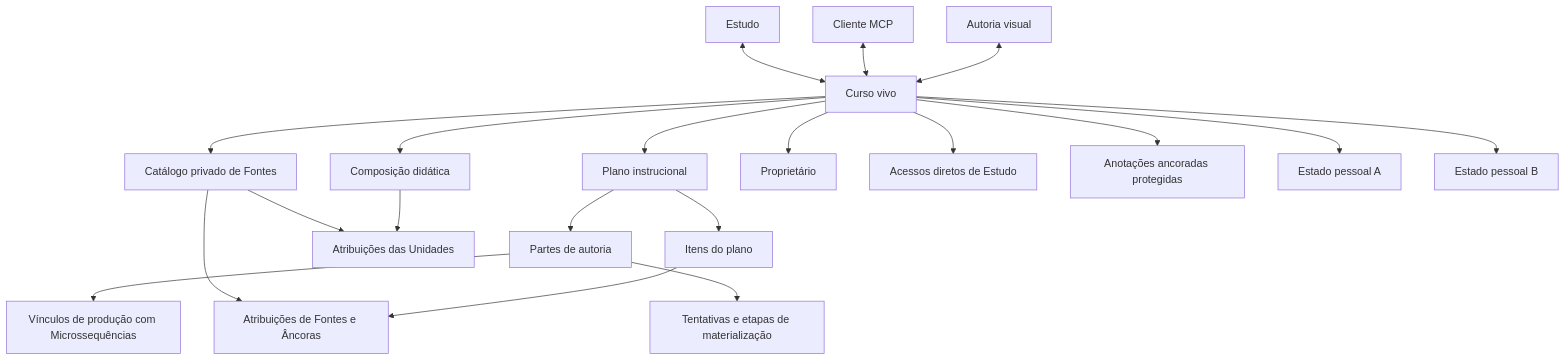
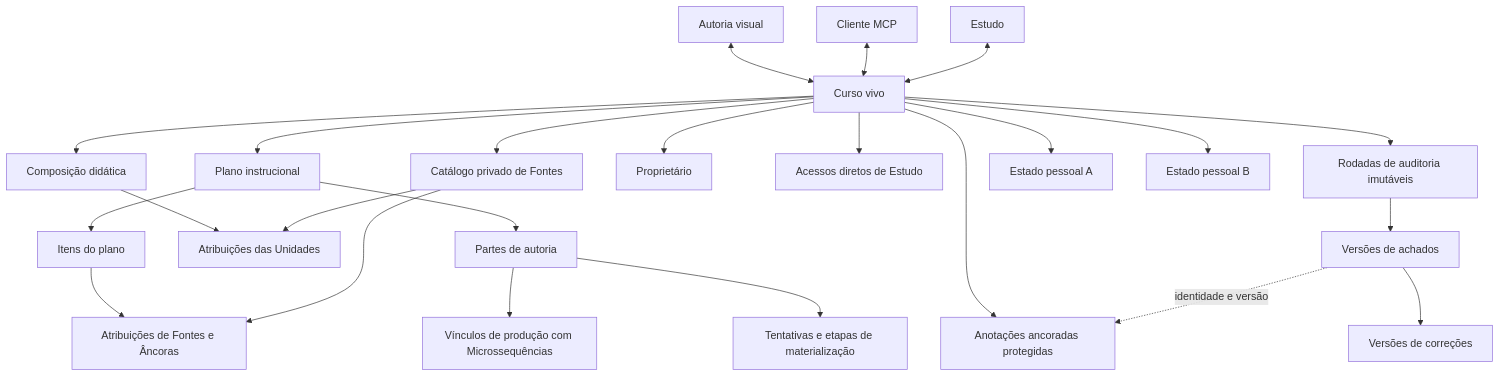
One commit to fabio-ara/AraLearn changed the first of 2 diagrams in docs/estado-atual-e-roadmap.md. Above: the diagram before and after it, drawn with Mermaid. The commit also changed other lines of this file and 69 other files, not shown here.

Commit message:
Implementar auditoria e correções por Curso

````diff
--- a/docs/estado-atual-e-roadmap.md
+++ b/docs/estado-atual-e-roadmap.md
@@ -52,22 +52,26 @@
 ```mermaid
 flowchart TD
     C[Curso vivo] --> H[Composição didática]
     C --> P[Plano instrucional]
     P --> I[Itens do plano]
     I --> F[Atribuições de Fontes e Âncoras]
     H --> FU[Atribuições das Unidades]
     C --> FC[Catálogo privado de Fontes]
     FC --> F
     FC --> FU
     P --> PA[Partes de autoria]
     PA --> L[Vínculos de produção com Microssequências]
     PA --> M[Tentativas e etapas de materialização]
     C --> O[Proprietário]
     C --> A[Acessos diretos de Estudo]
     C --> AN[Anotações ancoradas protegidas]
+    C --> AR[Rodadas de auditoria imutáveis]
+    AR --> AF[Versões de achados]
+    AF --> AC[Versões de correções]
+    AF -. identidade e versão .-> AN
     C --> S1[Estado pessoal A]
     C --> S2[Estado pessoal B]
     AU[Autoria visual] <--> C
     MCP[Cliente MCP] <--> C
     E[Estudo] <--> C
 ```
````
